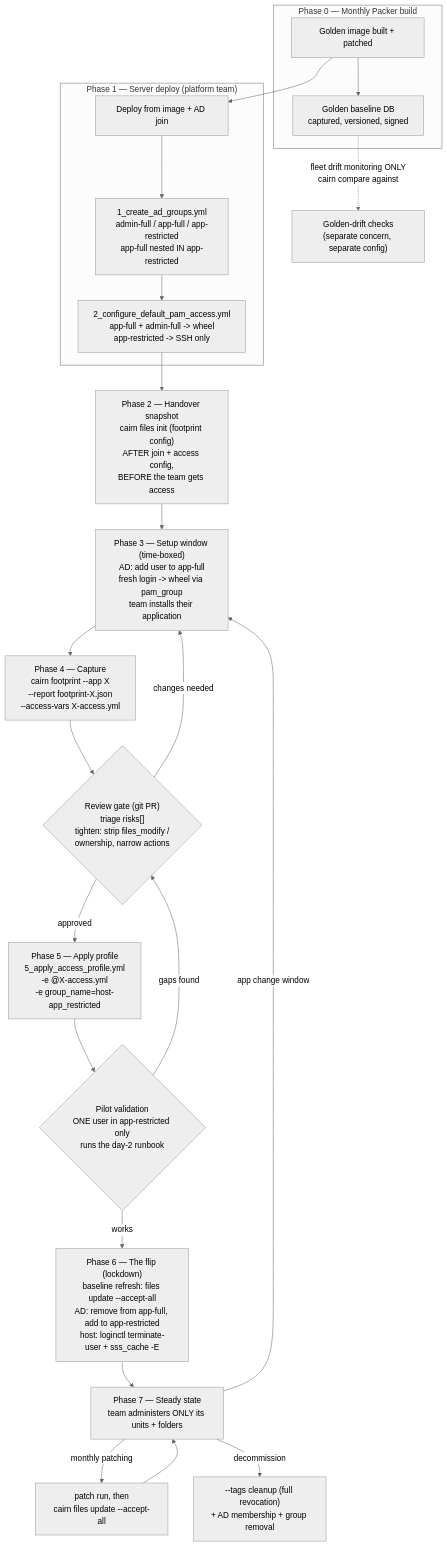
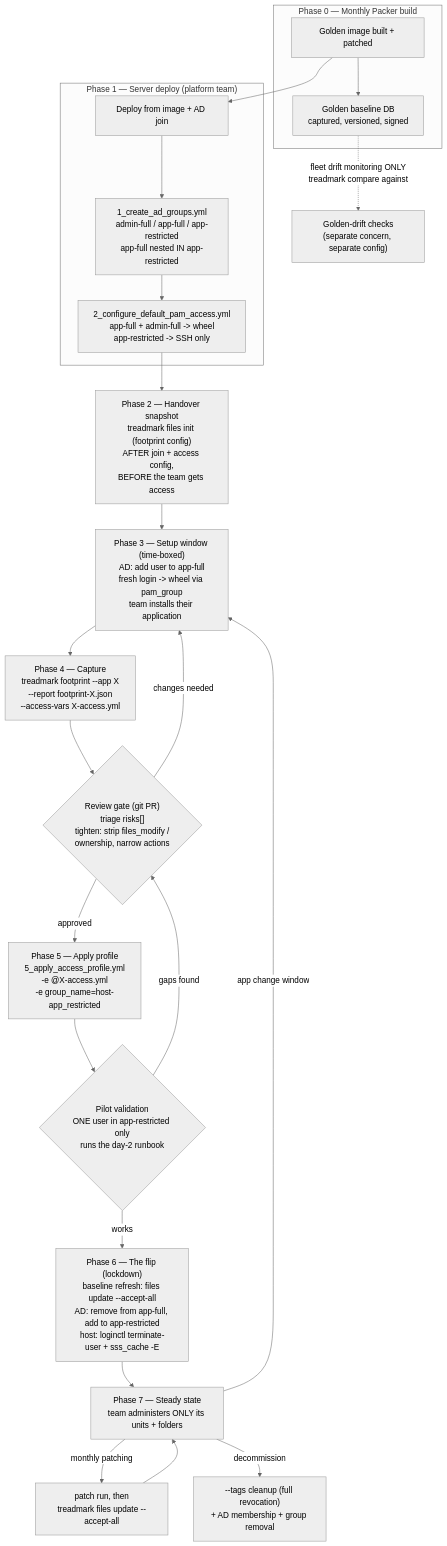
Before and after one commit to mcowser-p/ansible-declarative-access: the first of 2 diagrams in docs/application-deployment-lifecycle.md, drawn with Mermaid (neutral theme). The commit also changed other lines of this file and 29 other files, not shown here.

First line of the commit message:
docs(collection): cairn is now treadmark

````diff
--- a/docs/application-deployment-lifecycle.md
+++ b/docs/application-deployment-lifecycle.md
@@ -29,26 +29,26 @@
 ```mermaid
 flowchart TD
     subgraph build["Phase 0 — Monthly Packer build"]
         P0["Golden image built + patched"] --> P1["Golden baseline DB<br/>captured, versioned, signed"]
     end
-    P1 -.->|"fleet drift monitoring ONLY<br/>cairn compare against"| DRIFT["Golden-drift checks<br/>(separate concern, separate config)"]
+    P1 -.->|"fleet drift monitoring ONLY<br/>treadmark compare against"| DRIFT["Golden-drift checks<br/>(separate concern, separate config)"]
     subgraph deploy["Phase 1 — Server deploy (platform team)"]
         D1["Deploy from image + AD join"] --> D2["1_create_ad_groups.yml<br/>admin-full / app-full / app-restricted<br/>app-full nested IN app-restricted"]
         D2 --> D3["2_configure_default_pam_access.yml<br/>app-full + admin-full -> wheel<br/>app-restricted -> SSH only"]
     end
     P0 --> D1
-    D3 --> H["Phase 2 — Handover snapshot<br/>cairn files init (footprint config)<br/>AFTER join + access config,<br/>BEFORE the team gets access"]
+    D3 --> H["Phase 2 — Handover snapshot<br/>treadmark files init (footprint config)<br/>AFTER join + access config,<br/>BEFORE the team gets access"]
     H --> S["Phase 3 — Setup window (time-boxed)<br/>AD: add user to app-full<br/>fresh login -> wheel via pam_group<br/>team installs their application"]
-    S --> C["Phase 4 — Capture<br/>cairn footprint --app X<br/>--report footprint-X.json<br/>--access-vars X-access.yml"]
+    S --> C["Phase 4 — Capture<br/>treadmark footprint --app X<br/>--report footprint-X.json<br/>--access-vars X-access.yml"]
     C --> R{"Review gate (git PR)<br/>triage risks[]<br/>tighten: strip files_modify /<br/>ownership, narrow actions"}
     R -->|changes needed| S
     R -->|approved| A["Phase 5 — Apply profile<br/>5_apply_access_profile.yml<br/>-e @X-access.yml<br/>-e group_name=host-app_restricted"]
     A --> V{"Pilot validation<br/>ONE user in app-restricted only<br/>runs the day-2 runbook"}
     V -->|gaps found| R
     V -->|works| F["Phase 6 — The flip (lockdown)<br/>baseline refresh: files update --accept-all<br/>AD: remove from app-full, add to app-restricted<br/>host: loginctl terminate-user + sss_cache -E"]
     F --> SS["Phase 7 — Steady state<br/>team administers ONLY its units + folders"]
-    SS -->|monthly patching| PATCH["patch run, then<br/>cairn files update --accept-all"]
+    SS -->|monthly patching| PATCH["patch run, then<br/>treadmark files update --accept-all"]
     PATCH --> SS
     SS -->|app change window| S
     SS -->|decommission| X["--tags cleanup (full revocation)<br/>+ AD membership + group removal"]
 ```
````
